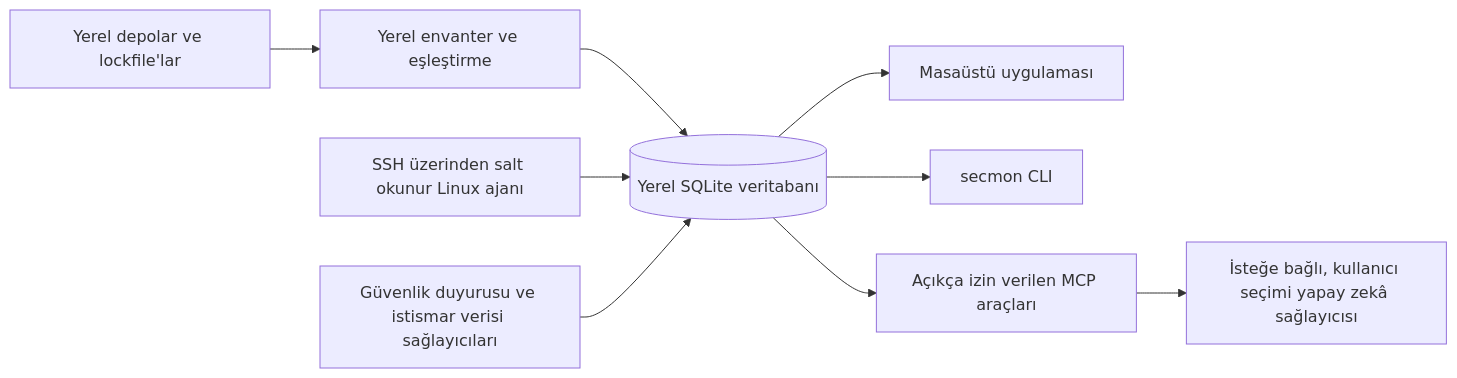
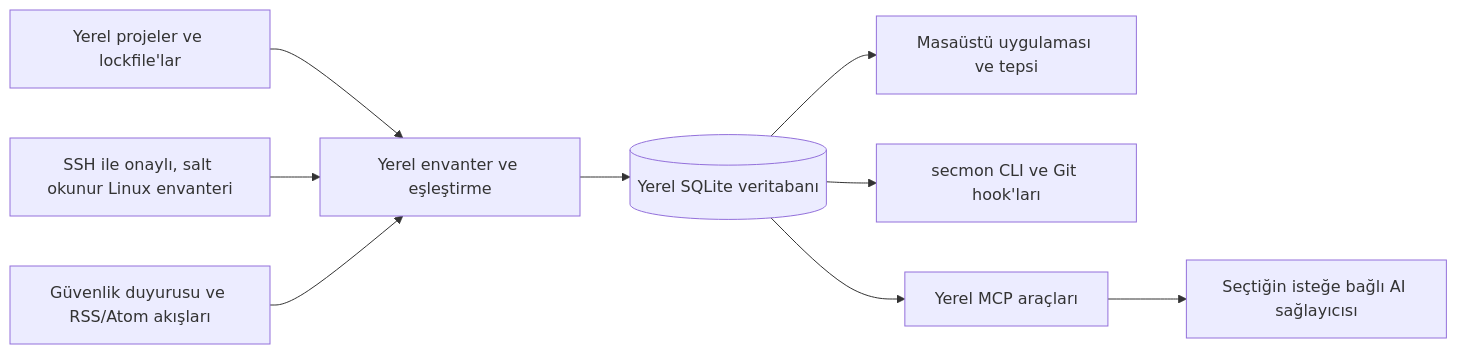
The diagram in README.tr.md (umitaltinozzz/security-monitor), drawn with Mermaid before and after one commit. The commit also changed other lines of this file and 4 other files, not shown here.

````diff
--- a/README.tr.md
+++ b/README.tr.md
@@ -42,11 +55,11 @@
 ```mermaid
 flowchart LR
-  Repo[Yerel depolar ve lockfile'lar] --> Inventory[Yerel envanter ve eşleştirme]
-  Inventory --> Store[(Yerel SQLite veritabanı)]
-  Agent[SSH üzerinden salt okunur Linux ajanı] --> Store
-  Feed[Güvenlik duyurusu ve istismar verisi sağlayıcıları] --> Store
-  Store --> Desktop[Masaüstü uygulaması]
-  Store --> CLI[secmon CLI]
-  Store --> MCP[Açıkça izin verilen MCP araçları]
-  MCP --> Model[İsteğe bağlı, kullanıcı seçimi yapay zekâ sağlayıcısı]
+  Repo[Yerel projeler ve lockfile'lar] --> Local[Yerel envanter ve eşleştirme]
+  Host[SSH ile onaylı, salt okunur Linux envanteri] --> Local
+  Feeds[Güvenlik duyurusu ve RSS/Atom akışları] --> Local
+  Local --> Store[(Yerel SQLite veritabanı)]
+  Store --> Desktop[Masaüstü uygulaması ve tepsi]
+  Store --> CLI[secmon CLI ve Git hook'ları]
+  Store --> MCP[Yerel MCP araçları]
+  MCP --> AI[Seçtiğin isteğe bağlı AI sağlayıcısı]
 ```
````
